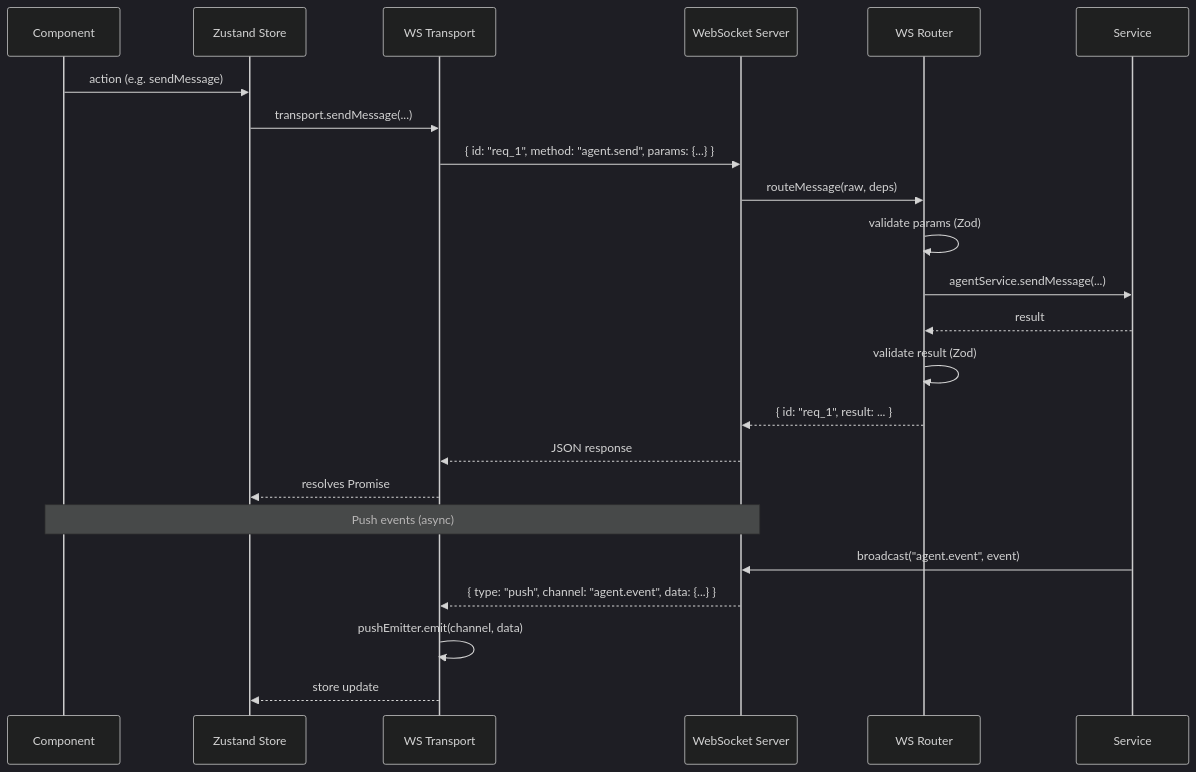
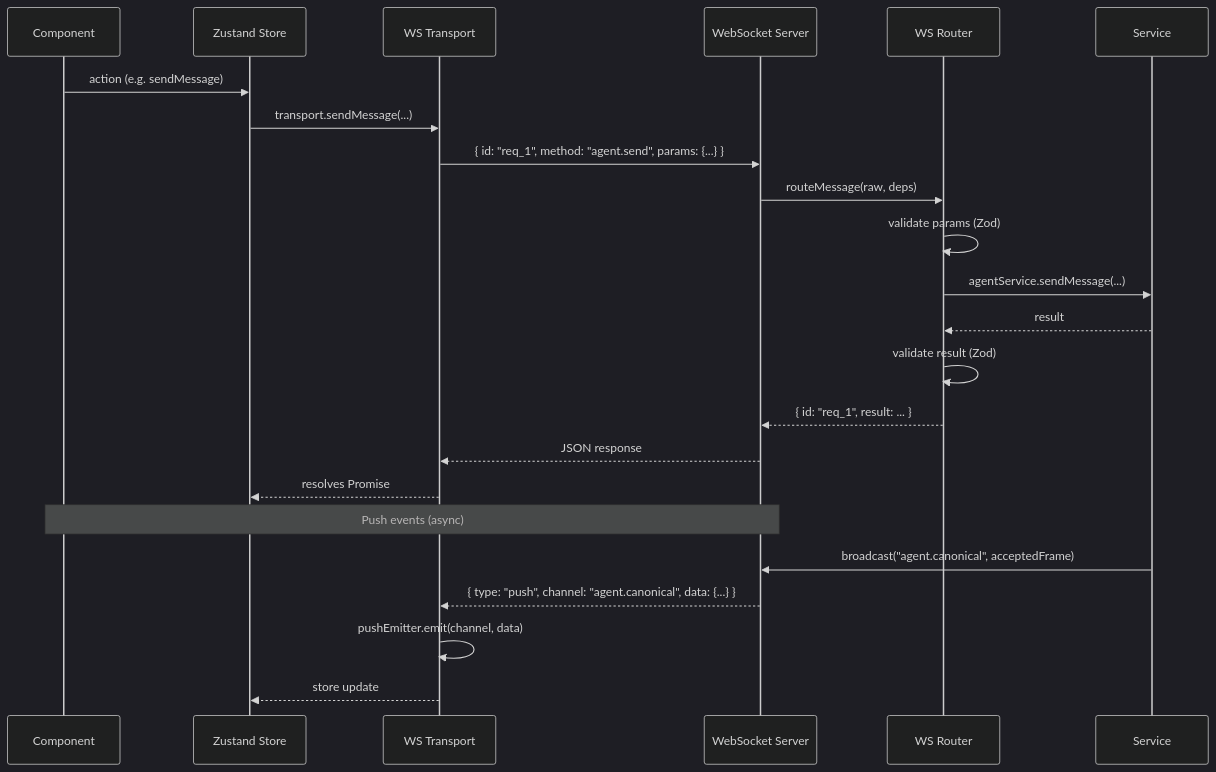
The third of 6 diagrams in ARCHITECTURE.md (Mzeey-Empire/mcode), drawn with Mermaid (dark theme) before and after one commit. The commit also changed other lines of this file and 190 other files, not shown here.

````diff
--- a/ARCHITECTURE.md
+++ b/ARCHITECTURE.md
@@ -261,27 +270,27 @@
 ```mermaid
 sequenceDiagram
     participant C as Component
     participant S as Zustand Store
     participant T as WS Transport
     participant WS as WebSocket Server
     participant R as WS Router
     participant Svc as Service
 
     C->>S: action (e.g. sendMessage)
     S->>T: transport.sendMessage(...)
     T->>WS: { id: "req_1", method: "agent.send", params: {...} }
     WS->>R: routeMessage(raw, deps)
     R->>R: validate params (Zod)
     R->>Svc: agentService.sendMessage(...)
     Svc-->>R: result
     R->>R: validate result (Zod)
     R-->>WS: { id: "req_1", result: ... }
     WS-->>T: JSON response
     T-->>S: resolves Promise
 
     Note over WS,C: Push events (async)
-    Svc->>WS: broadcast("agent.event", event)
-    WS-->>T: { type: "push", channel: "agent.event", data: {...} }
+    Svc->>WS: broadcast("agent.canonical", acceptedFrame)
+    WS-->>T: { type: "push", channel: "agent.canonical", data: {...} }
     T->>T: pushEmitter.emit(channel, data)
     T-->>S: store update
 ```
````
